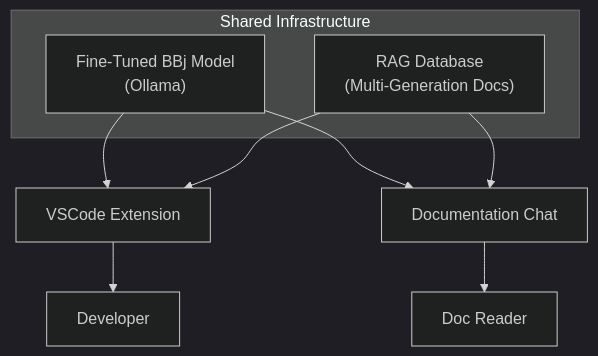
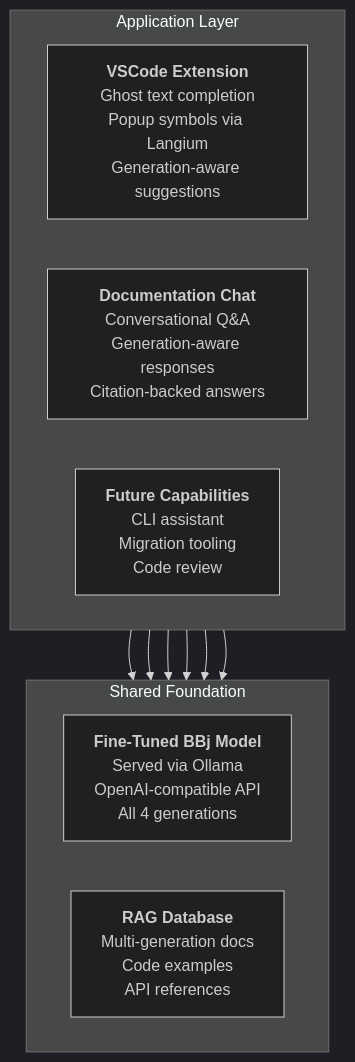
One commit to StephanWald/bbj-ai-strategy changed the first of 2 diagrams in docs/02-strategic-architecture/index.md. Above: the diagram before and after it, drawn with Mermaid (dark theme). The commit also changed other lines of this file, not shown here.

First line of the commit message:
feat(03-03): write Chapter 2 — Strategic Architecture

````diff
--- a/docs/02-strategic-architecture/index.md
+++ b/docs/02-strategic-architecture/index.md
@@ -19,15 +50,22 @@
 ```mermaid
-graph TD
-    subgraph "Shared Infrastructure"
-        MODEL["Fine-Tuned BBj Model<br/>(Ollama)"]
-        RAG["RAG Database<br/>(Multi-Generation Docs)"]
+graph TB
+    subgraph APPS ["Application Layer"]
+        direction LR
+        IDE["<b>VSCode Extension</b><br/>Ghost text completion<br/>Popup symbols via Langium<br/>Generation-aware suggestions"]
+        CHAT["<b>Documentation Chat</b><br/>Conversational Q&A<br/>Generation-aware responses<br/>Citation-backed answers"]
+        FUTURE["<b>Future Capabilities</b><br/>CLI assistant<br/>Migration tooling<br/>Code review"]
     end
 
-    MODEL --> IDE["VSCode Extension"]
-    MODEL --> CHAT["Documentation Chat"]
-    RAG --> IDE
-    RAG --> CHAT
+    subgraph FOUNDATION ["Shared Foundation"]
+        direction LR
+        MODEL["<b>Fine-Tuned BBj Model</b><br/>Served via Ollama<br/>OpenAI-compatible API<br/>All 4 generations"]
+        RAG["<b>RAG Database</b><br/>Multi-generation docs<br/>Code examples<br/>API references"]
+    end
 
-    IDE --> DEV["Developer"]
-    CHAT --> USER["Doc Reader"]
+    IDE --> MODEL
+    IDE --> RAG
+    CHAT --> MODEL
+    CHAT --> RAG
+    FUTURE --> MODEL
+    FUTURE --> RAG
 ```
````
